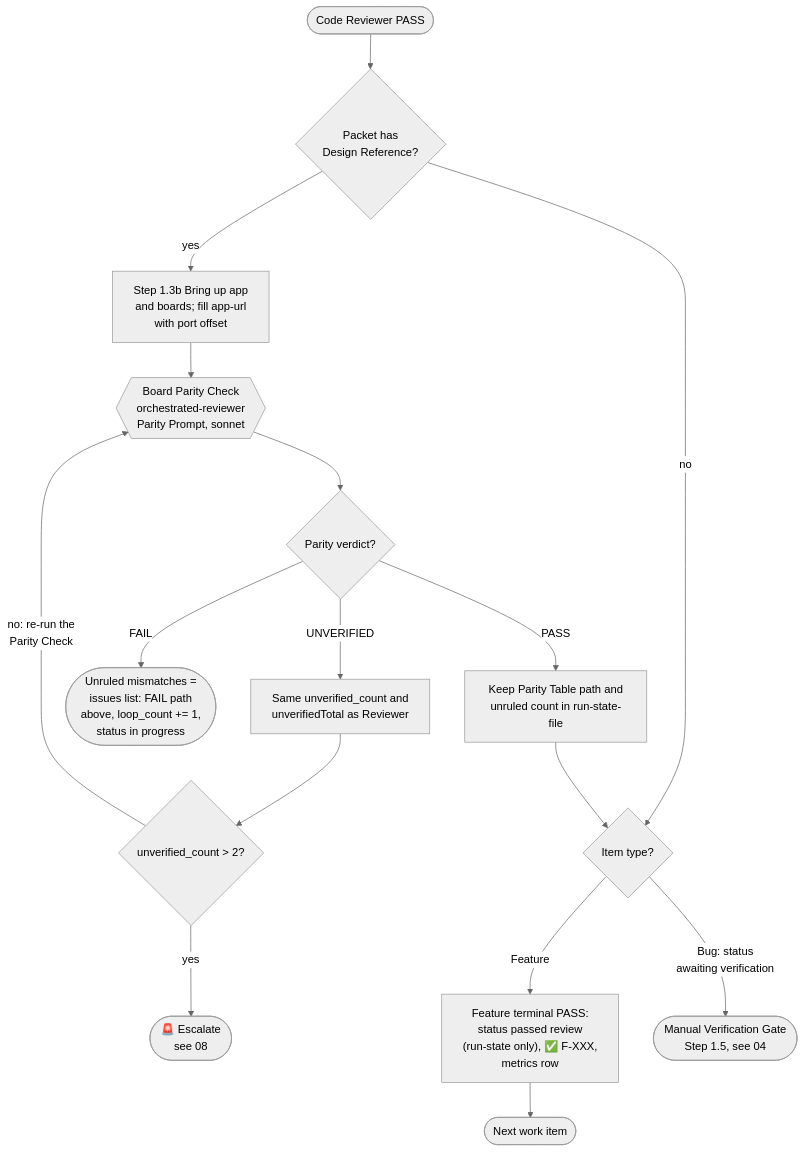
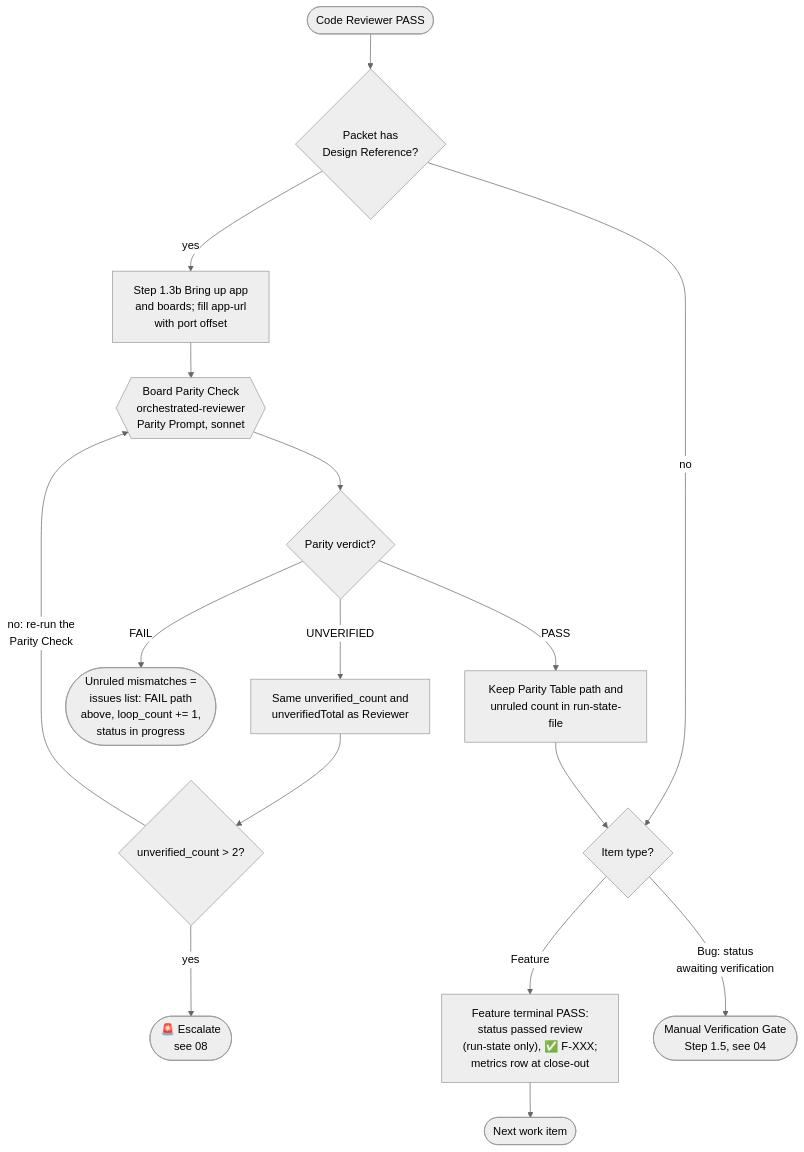
The second of 3 diagrams in skills/orchestrator-development-pattern/mermaid/03-phase1-work-item-loop.md (muhammedalikhan86/claude-stash), drawn with Mermaid (neutral theme) before and after one commit. The commit also changed 17 other files, not shown here.

````diff
--- a/skills/orchestrator-development-pattern/mermaid/03-phase1-work-item-loop.md
+++ b/skills/orchestrator-development-pattern/mermaid/03-phase1-work-item-loop.md
@@ -72,28 +72,28 @@
 ```mermaid
 flowchart TD
     Pass(["Code Reviewer PASS"])
     HasRef{"Packet has<br/>Design Reference?"}
     Up["Step 1.3b Bring up app<br/>and boards; fill app-url<br/>with port offset"]
     Parity{{"Board Parity Check<br/>orchestrated-reviewer<br/>Parity Prompt, sonnet"}}
     PV{"Parity verdict?"}
     Keep["Keep Parity Table path and<br/>unruled count in run-state-file"]
     Retry(["Unruled mismatches =<br/>issues list: FAIL path<br/>above, loop_count += 1,<br/>status in progress"])
     UV["Same unverified_count and<br/>unverifiedTotal as Reviewer"]
     UVMax{"unverified_count > 2?"}
     Esc(["🚨 Escalate<br/>see 08"])
     Kind{"Item type?"}
-    Done["Feature terminal PASS:<br/>status passed review<br/>(run-state only), ✅ F-XXX,<br/>metrics row"]
+    Done["Feature terminal PASS:<br/>status passed review<br/>(run-state only), ✅ F-XXX;<br/>metrics row at close-out"]
     Next(["Next work item"])
     MV(["Manual Verification Gate<br/>Step 1.5, see 04"])
 
     Pass --> HasRef
     HasRef -->|no| Kind
     HasRef -->|yes| Up --> Parity --> PV
     PV -->|FAIL| Retry
     PV -->|UNVERIFIED| UV --> UVMax
     UVMax -->|"no: re-run the<br/>Parity Check"| Parity
     UVMax -->|yes| Esc
     PV -->|PASS| Keep --> Kind
     Kind -->|Feature| Done --> Next
     Kind -->|"Bug: status<br/>awaiting verification"| MV
 ```
````
